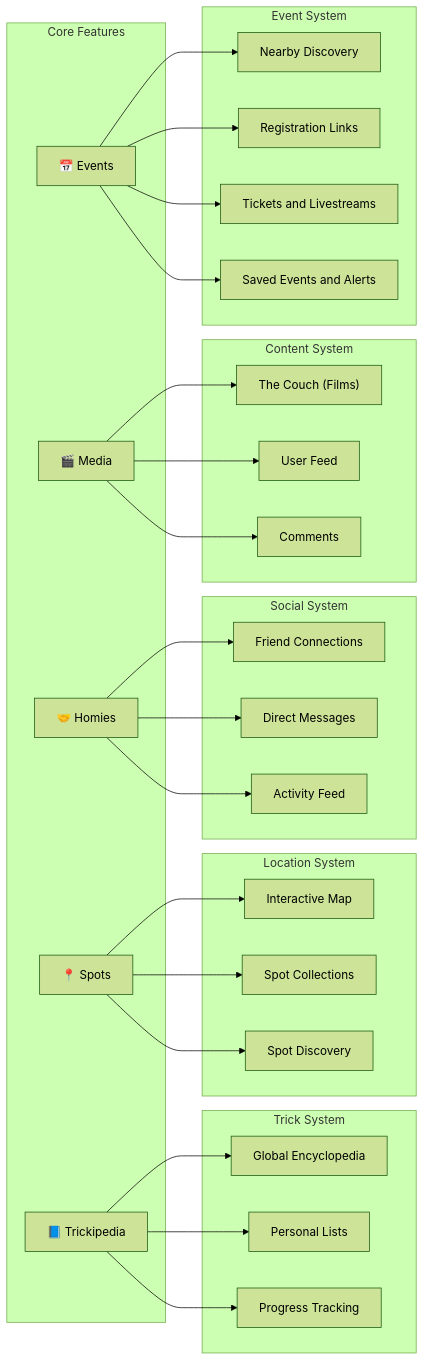
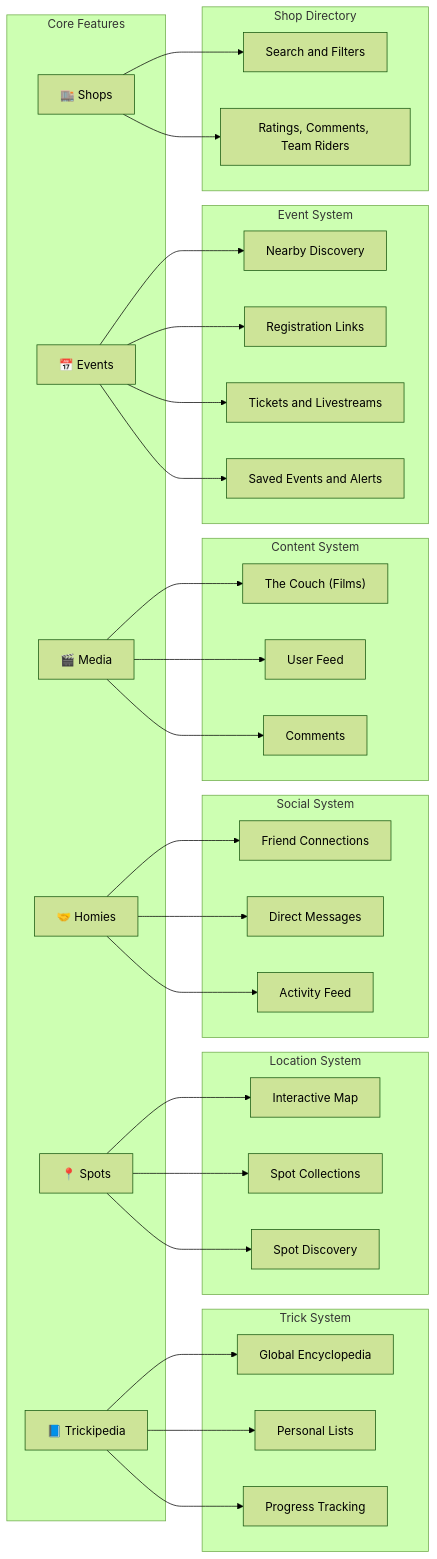
Before and after one commit to wbaxterh/TrickBookDocs: the diagram in docs/features/overview.md, drawn with Mermaid (forest theme). The commit also changed other lines of this file and 10 other files, not shown here.

````diff
--- a/docs/features/overview.md
+++ b/docs/features/overview.md
@@ -13,41 +13,47 @@
 ```mermaid
 flowchart LR
     subgraph Core["Core Features"]
         TB[📘 Trickipedia]
         SP[📍 Spots]
         HM[🤝 Homies]
         MD[🎬 Media]
         EV[📅 Events]
+        SH[🏬 Shops]
     end
 
     subgraph TB_Sub["Trick System"]
         TB --> Encyclopedia["Global Encyclopedia"]
         TB --> Lists["Personal Lists"]
         TB --> Progress["Progress Tracking"]
     end
 
     subgraph SP_Sub["Location System"]
         SP --> Map["Interactive Map"]
         SP --> SpotLists["Spot Collections"]
         SP --> Discovery["Spot Discovery"]
     end
 
     subgraph HM_Sub["Social System"]
         HM --> Friends["Friend Connections"]
         HM --> DM["Direct Messages"]
         HM --> Activity["Activity Feed"]
     end
 
     subgraph MD_Sub["Content System"]
         MD --> Couch["The Couch (Films)"]
         MD --> Feed["User Feed"]
         MD --> Comments["Comments"]
     end
 
     subgraph EV_Sub["Event System"]
         EV --> Nearby["Nearby Discovery"]
         EV --> Enter["Registration Links"]
         EV --> Watch["Tickets and Livestreams"]
         EV --> Alerts["Saved Events and Alerts"]
     end
+
+    subgraph SH_Sub["Shop Directory"]
+        SH --> ShopSearch["Search and Filters"]
+        SH --> ShopDetail["Ratings, Comments, Team Riders"]
+    end
 ```
````
